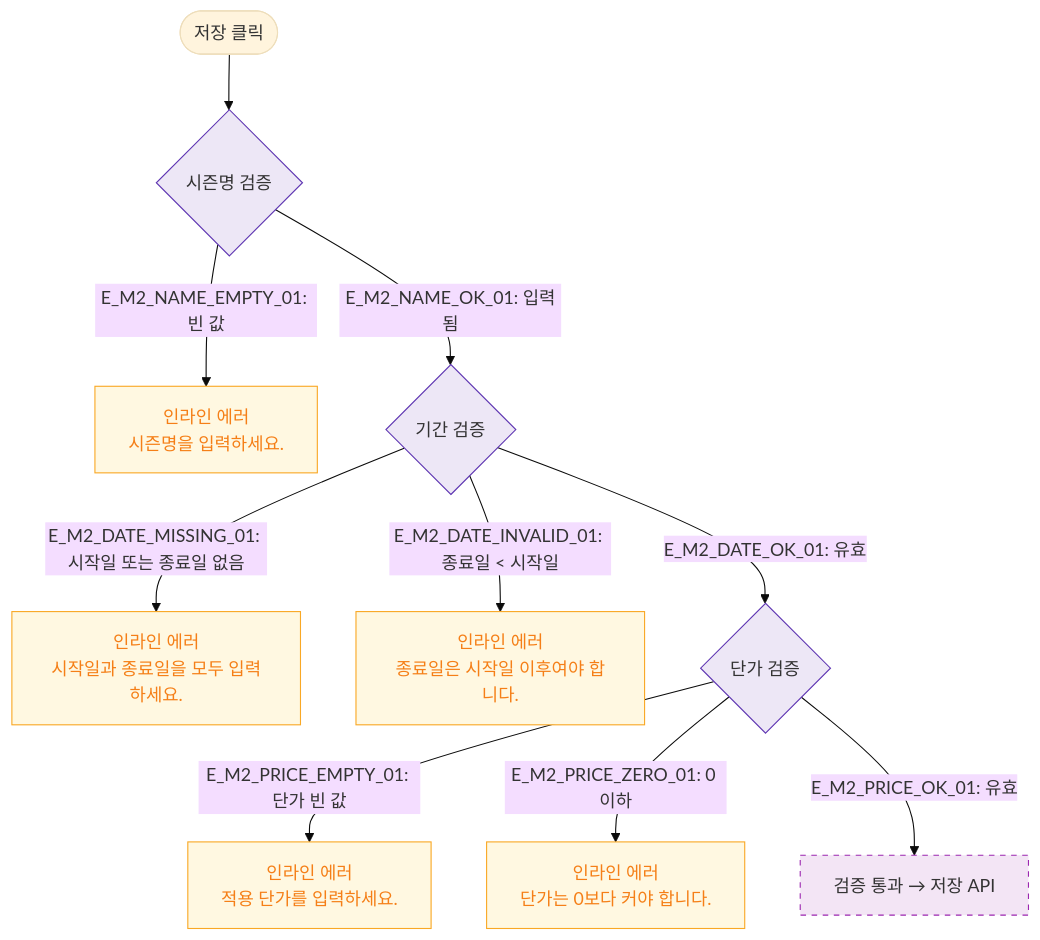
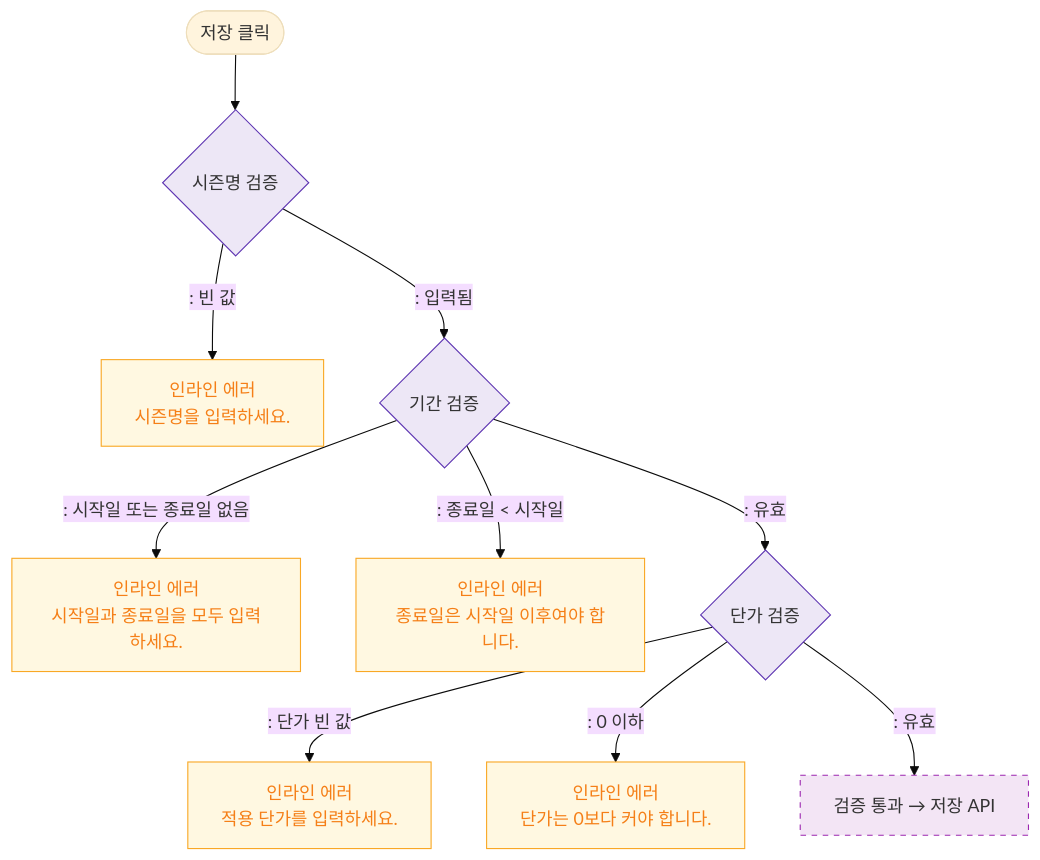
The diagram in docs/다이어그램/D05_상품관리/DLG/DLG-P016_시즌가격등록수정/M2_필드검증.md (dev-spogym/admin-pando), drawn with Mermaid (base theme) before and after one commit. The commit also changed other lines of this file and 1660 other files, not shown here.

First line of the commit message:
다이어그램: 기획자/클라이언트 납품본으로 정리

````diff
--- a/docs/다이어그램/D05_상품관리/DLG/DLG-P016_시즌가격등록수정/M2_필드검증.md
+++ b/docs/다이어그램/D05_상품관리/DLG/DLG-P016_시즌가격등록수정/M2_필드검증.md
@@ -16,21 +14,21 @@
 ```mermaid
 flowchart TD
     SUBMIT([저장 클릭]) --> V1{시즌명 검증}
-    V1 -->|"E_M2_NAME_EMPTY_01: 빈 값"| ErrName[인라인 에러\n시즌명을 입력하세요.]
-    V1 -->|"E_M2_NAME_OK_01: 입력됨"| V2{기간 검증}
+    V1 -->|": 빈 값"|ErrName[인라인 에러\n시즌명을 입력하세요.]
+    V1 -->|": 입력됨"|V2{기간 검증}
 
-    V2 -->|"E_M2_DATE_MISSING_01: 시작일 또는 종료일 없음"| ErrDateMissing[인라인 에러\n시작일과 종료일을 모두 입력하세요.]
-    V2 -->|"E_M2_DATE_INVALID_01: 종료일 < 시작일"| ErrDateInvalid[인라인 에러\n종료일은 시작일 이후여야 합니다.]
-    V2 -->|"E_M2_DATE_OK_01: 유효"| V3{단가 검증}
+    V2 -->|": 시작일 또는 종료일 없음"|ErrDateMissing[인라인 에러\n시작일과 종료일을 모두 입력하세요.]
+    V2 -->|": 종료일 < 시작일"|ErrDateInvalid[인라인 에러\n종료일은 시작일 이후여야 합니다.]
+    V2 -->|": 유효"|V3{단가 검증}
 
-    V3 -->|"E_M2_PRICE_EMPTY_01: 단가 빈 값"| ErrPrice[인라인 에러\n적용 단가를 입력하세요.]
-    V3 -->|"E_M2_PRICE_ZERO_01: 0 이하"| ErrPriceZero[인라인 에러\n단가는 0보다 커야 합니다.]
-    V3 -->|"E_M2_PRICE_OK_01: 유효"| Pass[검증 통과 → 저장 API]
+    V3 -->|": 단가 빈 값"|ErrPrice[인라인 에러\n적용 단가를 입력하세요.]
+    V3 -->|": 0 이하"|ErrPriceZero[인라인 에러\n단가는 0보다 커야 합니다.]
+    V3 -->|": 유효"|Pass[검증 통과 → 저장 API]
 
     classDef newFeature fill:#F3E5F5,stroke:#9C27B0,stroke-dasharray:5 5
     classDef warning fill:#FFF8E1,stroke:#F9A825,color:#F57F17
     classDef system fill:#EDE7F6,stroke:#5E35B2
     class Pass newFeature
     class ErrName,ErrDateMissing,ErrDateInvalid,ErrPrice,ErrPriceZero warning
     class V1,V2,V3 system
 ```
````
